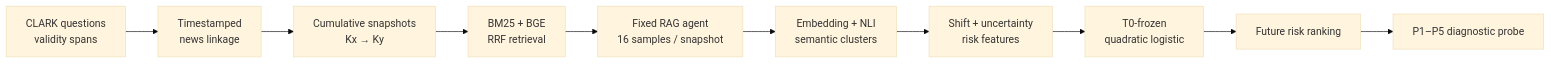
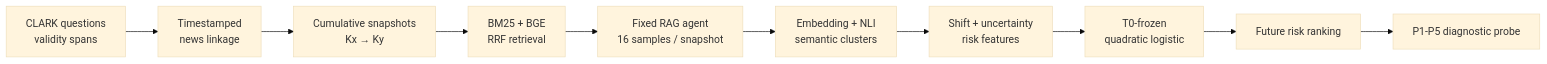
The diagram in README.md (yoon-chan-hyeok/temporal-rag-drift), drawn with Mermaid (base theme) before and after one commit. The commit also changed other lines of this file, not shown here.

````diff
--- a/README.md
+++ b/README.md
@@ -50,12 +40,12 @@
 ```mermaid
 flowchart LR
     A["CLARK questions<br/>validity spans"] --> B["Timestamped<br/>news linkage"]
     B --> C["Cumulative snapshots<br/>Kx → Ky"]
     C --> D["BM25 + BGE<br/>RRF retrieval"]
     D --> E["Fixed RAG agent<br/>16 samples / snapshot"]
     E --> F["Embedding + NLI<br/>semantic clusters"]
     F --> G["Shift + uncertainty<br/>risk features"]
     G --> H["T0-frozen<br/>quadratic logistic"]
     H --> I["Future risk ranking"]
-    I --> J["P1–P5 diagnostic probe"]
+    I --> J["P1-P5 diagnostic probe"]
 ```
````
